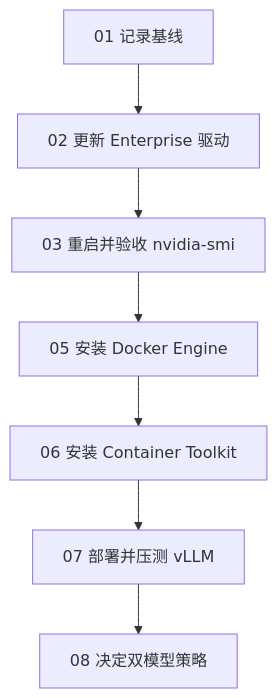
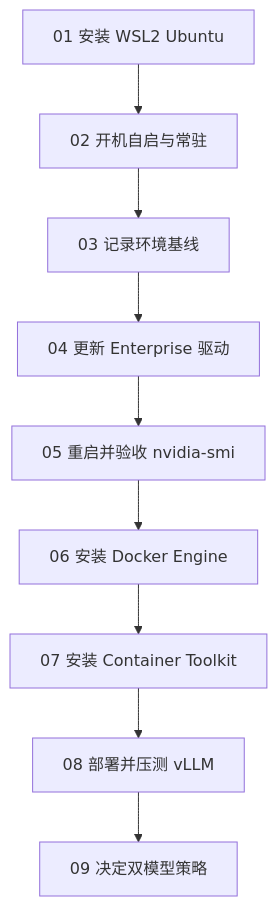
One commit to yiyang666/Deploying-LLM-Locally changed the diagram in doc/00-总览与目录.md. Above: the diagram before and after it, drawn with Mermaid. The commit also changed other lines of this file and 11 other files, not shown here.

````diff
--- a/doc/00-总览与目录.md
+++ b/doc/00-总览与目录.md
@@ -50,9 +49,11 @@
 ```mermaid
 flowchart TD
-  A[01 记录基线] --> B[02 更新 Enterprise 驱动]
-  B --> C[03 重启并验收 nvidia-smi]
-  C --> E[05 安装 Docker Engine]
-  E --> F[06 安装 Container Toolkit]
-  F --> G[07 部署并压测 vLLM]
-  G --> H[08 决定双模型策略]
+  A[01 安装 WSL2 Ubuntu] --> B[02 开机自启与常驻]
+  B --> C[03 记录环境基线]
+  C --> D[04 更新 Enterprise 驱动]
+  D --> E[05 重启并验收 nvidia-smi]
+  E --> F[06 安装 Docker Engine]
+  F --> G[07 安装 Container Toolkit]
+  G --> H[08 部署并压测 vLLM]
+  H --> I[09 决定双模型策略]
 ```
````
